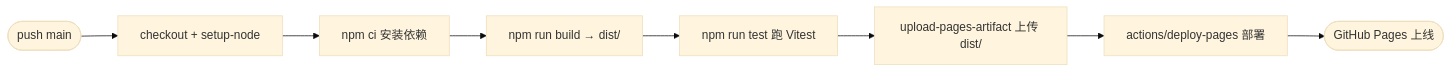
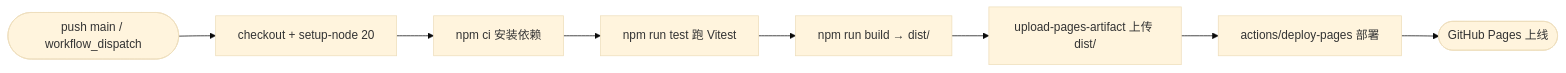
Before and after one commit to verdenmax/number-guessing-game: the diagram in docs/L2-components/deploy.md, drawn with Mermaid (base theme). The commit also changed other lines of this file and 4 other files, not shown here.

````diff
--- a/docs/L2-components/deploy.md
+++ b/docs/L2-components/deploy.md
@@ -25,10 +25,10 @@
 ```mermaid
 flowchart LR
-    Push([push main]) --> CI[checkout + setup-node]
+    Push([push main / workflow_dispatch]) --> CI[checkout + setup-node 20]
     CI --> Install[npm ci 安装依赖]
-    Install --> Build[npm run build → dist/]
-    Build --> Test[npm run test 跑 Vitest]
-    Test --> Upload[upload-pages-artifact 上传 dist/]
+    Install --> Test[npm run test 跑 Vitest]
+    Test --> Build[npm run build → dist/]
+    Build --> Upload[upload-pages-artifact 上传 dist/]
     Upload --> Deploy[actions/deploy-pages 部署]
     Deploy --> Live([GitHub Pages 上线])
 ```
````
